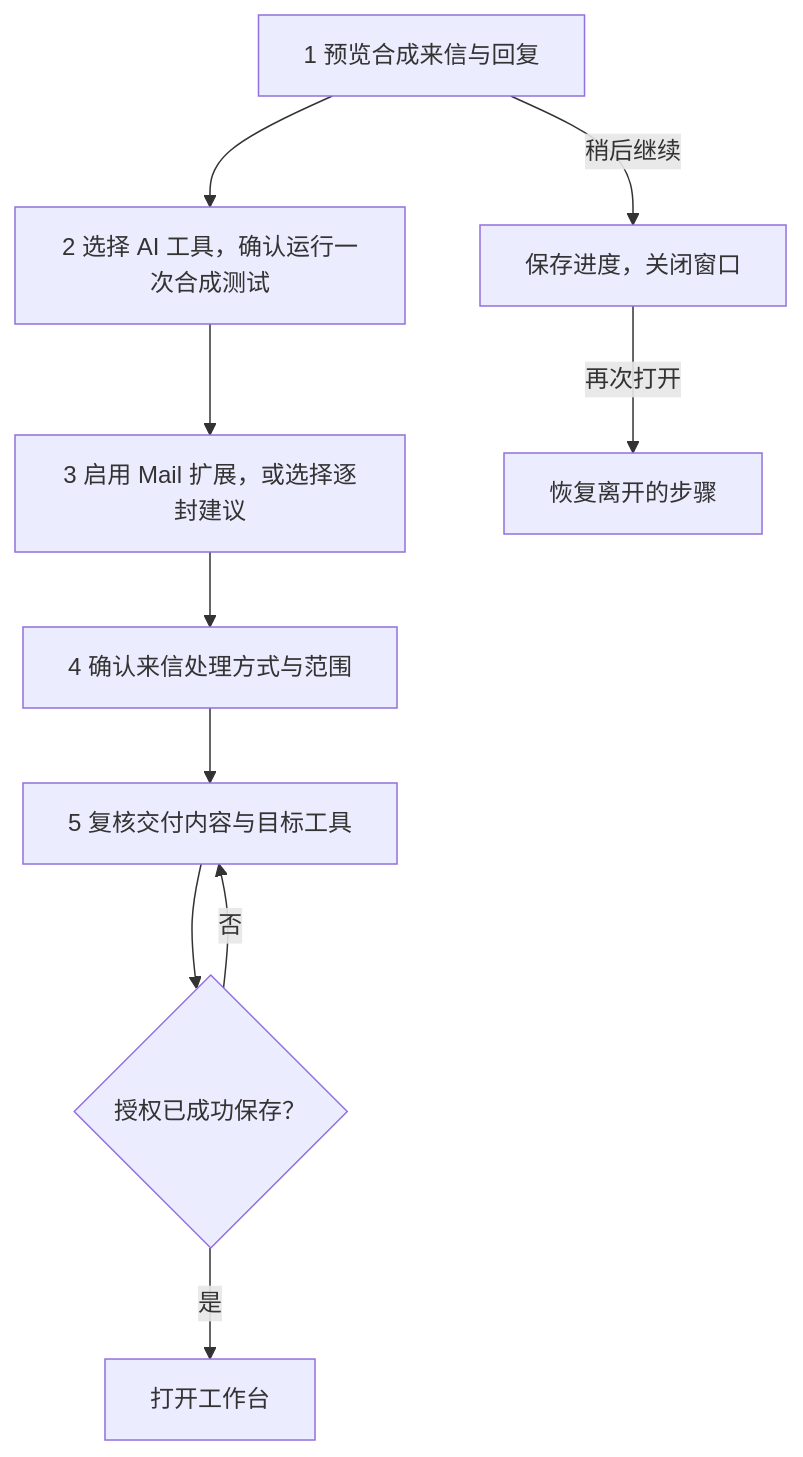
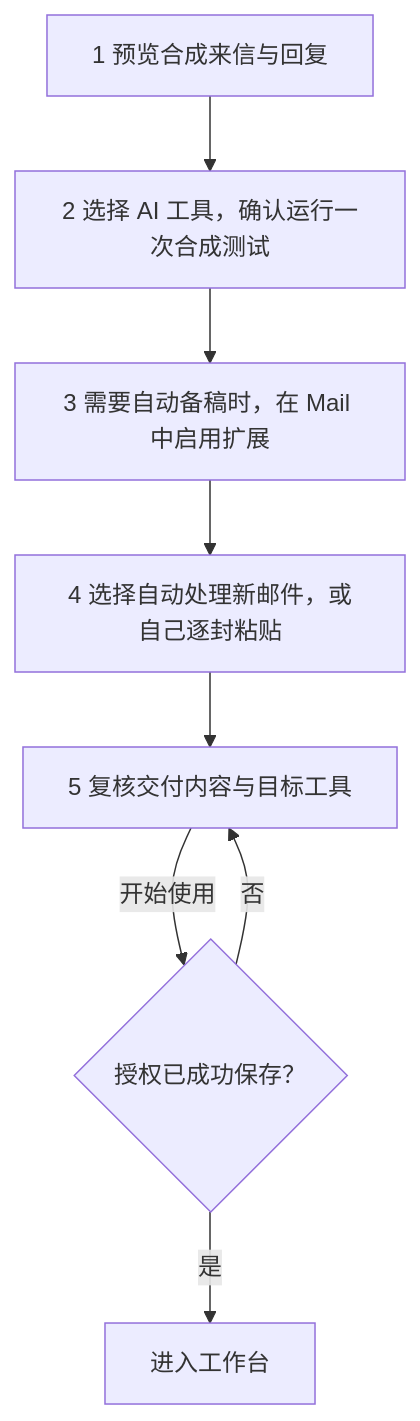
One commit to cobbcheng/Mailpipe changed the diagram in docs/onboarding.md. Above: the diagram before and after it, drawn with Mermaid. The commit also changed other lines of this file and 8 other files, not shown here.

````diff
--- a/docs/onboarding.md
+++ b/docs/onboarding.md
@@ -94,12 +94,10 @@
 ```mermaid
 flowchart TD
   A["1 预览合成来信与回复"] --> B["2 选择 AI 工具，确认运行一次合成测试"]
-  B --> C["3 启用 Mail 扩展，或选择逐封建议"]
-  C --> D["4 确认来信处理方式与范围"]
+  B --> C["3 需要自动备稿时，在 Mail 中启用扩展"]
+  C --> D["4 选择自动处理新邮件，或自己逐封粘贴"]
   D --> E["5 复核交付内容与目标工具"]
-  E --> F{"授权已成功保存？"}
-  F -- "是" --> G["打开工作台"]
+  E -- "开始使用" --> F{"授权已成功保存？"}
+  F -- "是" --> G["进入工作台"]
   F -- "否" --> E
-  A -- "稍后继续" --> H["保存进度，关闭窗口"]
-  H -- "再次打开" --> I["恢复离开的步骤"]
 ```
````
